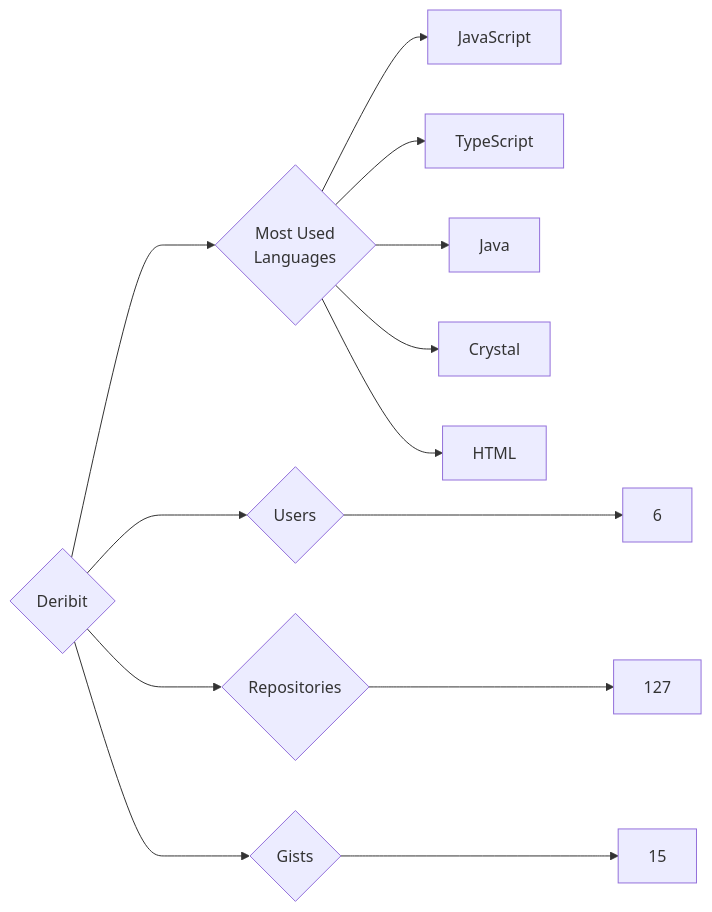
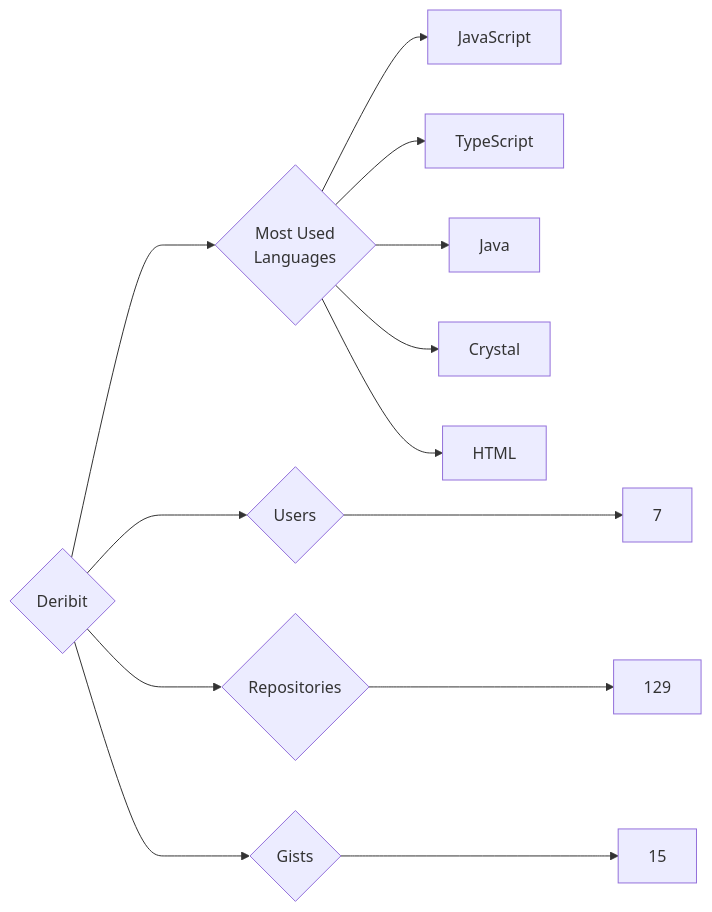
The diagram in targets/Deribit/README.md (trickest/insiders), drawn with Mermaid before and after one commit. The commit also changed 773 other files, not shown here.

````diff
--- a/targets/Deribit/README.md
+++ b/targets/Deribit/README.md
@@ -3,13 +3,13 @@
 ```mermaid
 graph LR
 COMPANY_NAME{Deribit}
-COMPANY_NAME ---> U{Users} ---> UN[6]
-COMPANY_NAME ---> R{Repositories} ---> RN[127]
+COMPANY_NAME ---> U{Users} ---> UN[7]
+COMPANY_NAME ---> R{Repositories} ---> RN[129]
 COMPANY_NAME ---> G{Gists} ---> GN[15]
 COMPANY_NAME ---> ML{Most Used<br>Languages}
 ML --> JavaScript[JavaScript]
 ML --> TypeScript[TypeScript]
 ML --> Java[Java]
 ML --> Crystal[Crystal]
 ML --> HTML[HTML]
 ```
````
